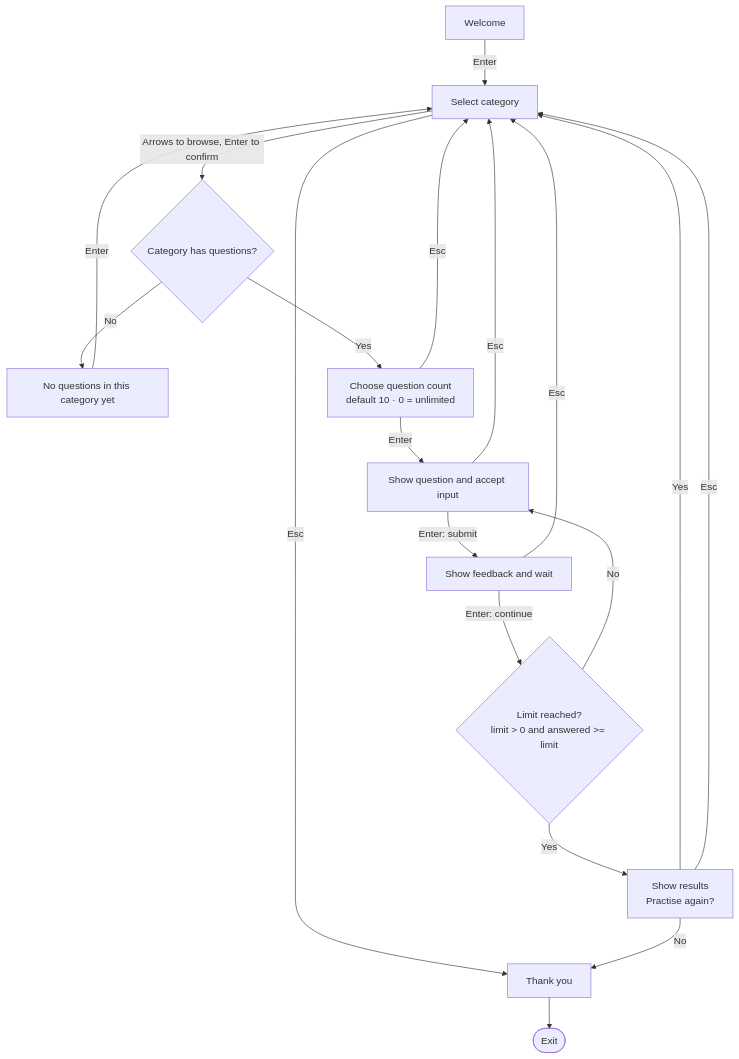
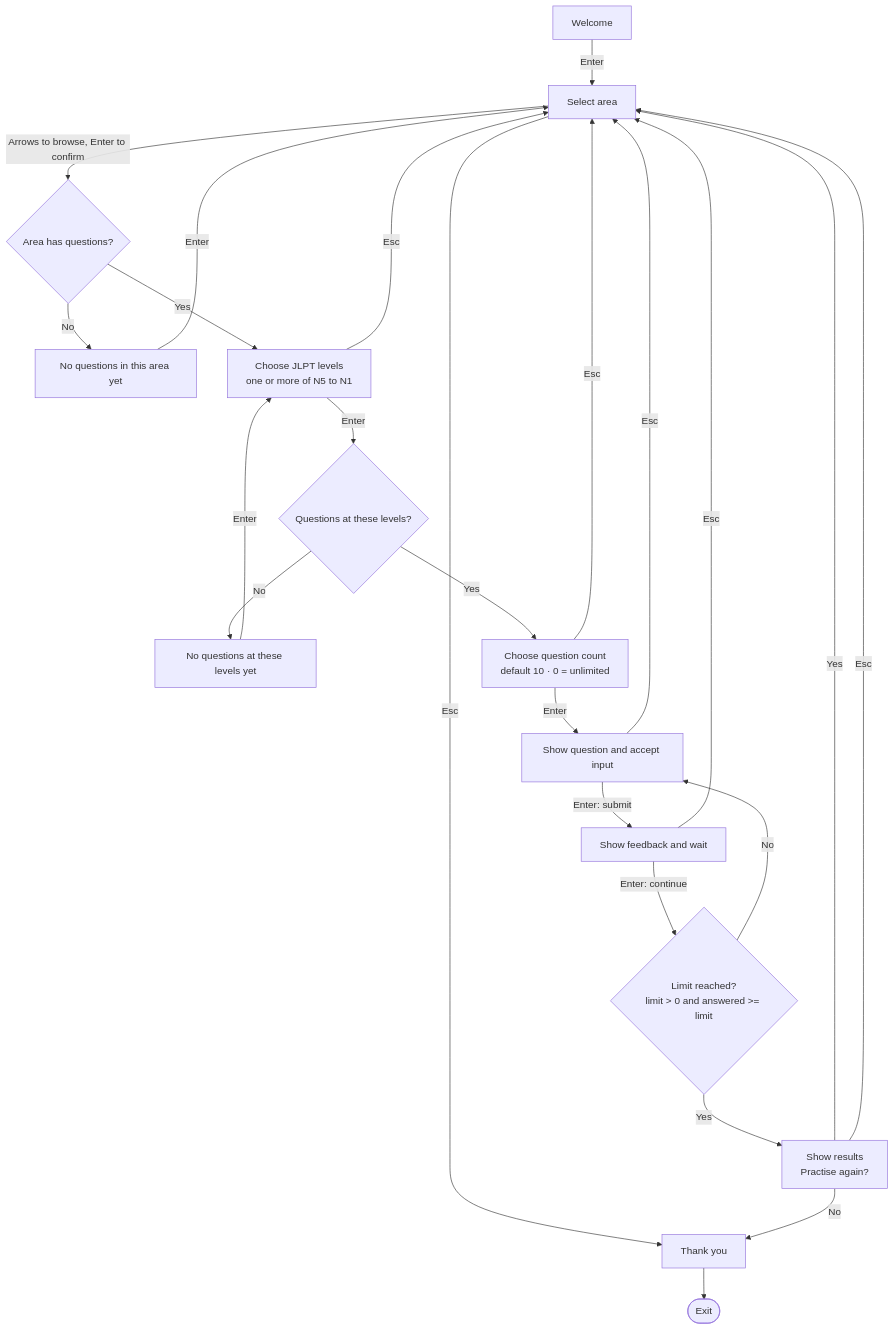
The first of 2 diagrams in docs/architecture.md (PandaCubGames/LearnJapaneseTui), drawn with Mermaid before and after one commit. The commit also changed other lines of this file, not shown here.

First line of the commit message:
docs(architecture): add data models, answer rules and level picker

````diff
--- a/docs/architecture.md
+++ b/docs/architecture.md
@@ -22,21 +28,26 @@
 ```mermaid
 flowchart TD
-    W[Welcome] -->|Enter| C[Select category]
-    C -->|Arrows to browse, Enter to confirm| E{Category has questions?}
-    E -->|No| M[No questions in this category yet]
+    W[Welcome] -->|Enter| C[Select area]
+    C -->|Arrows to browse, Enter to confirm| E{Area has questions?}
+    E -->|No| M[No questions in this area yet]
     M -->|Enter| C
-    E -->|Yes| N[Choose question count<br/>default 10 · 0 = unlimited]
+    E -->|Yes| L[Choose JLPT levels<br/>one or more of N5 to N1]
     C -->|Esc| T[Thank you]
+    L -->|Enter| G{Questions at these levels?}
+    L -->|Esc| C
+    G -->|No| P[No questions at these levels yet]
+    P -->|Enter| L
+    G -->|Yes| N[Choose question count<br/>default 10 · 0 = unlimited]
     N -->|Enter| Q[Show question and accept input]
     N -->|Esc| C
     Q -->|Enter: submit| F[Show feedback and wait]
     F -->|Enter: continue| D{Limit reached?<br/>limit > 0 and answered >= limit}
     D -->|No| Q
     D -->|Yes| A[Show results<br/>Practise again?]
     A -->|Yes| C
     A -->|Esc| C
     A -->|No| T
     T --> X([Exit])
     Q -->|Esc| C
     F -->|Esc| C
 ```
````
